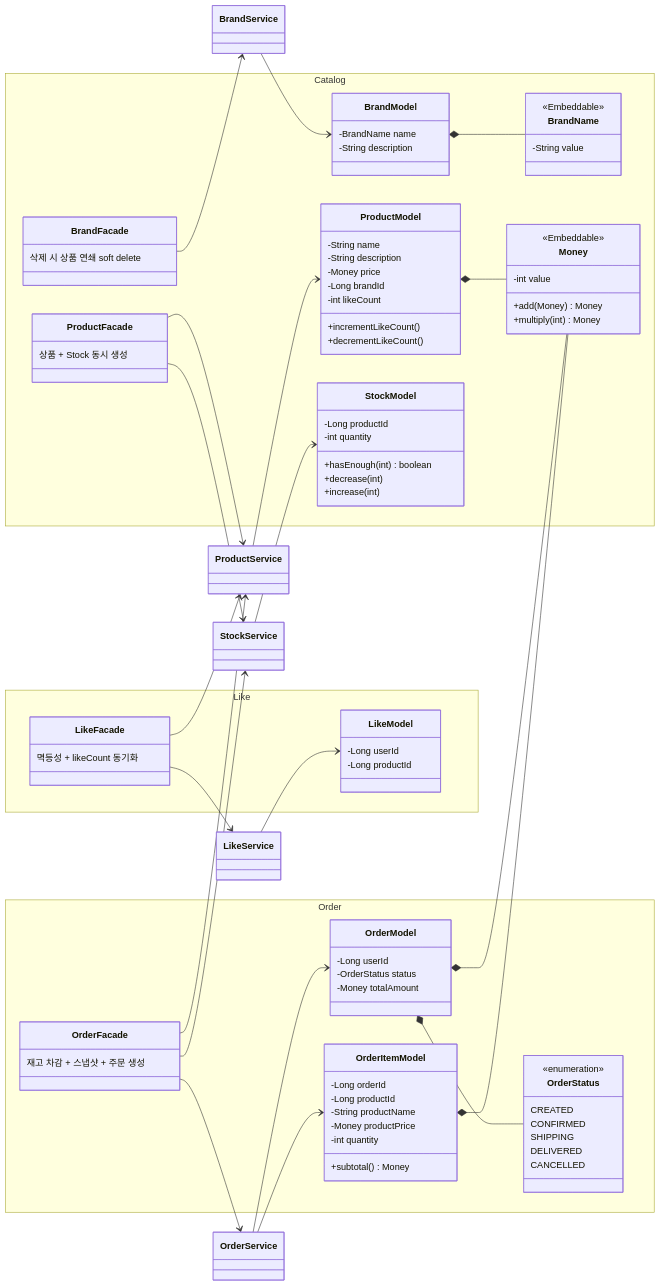
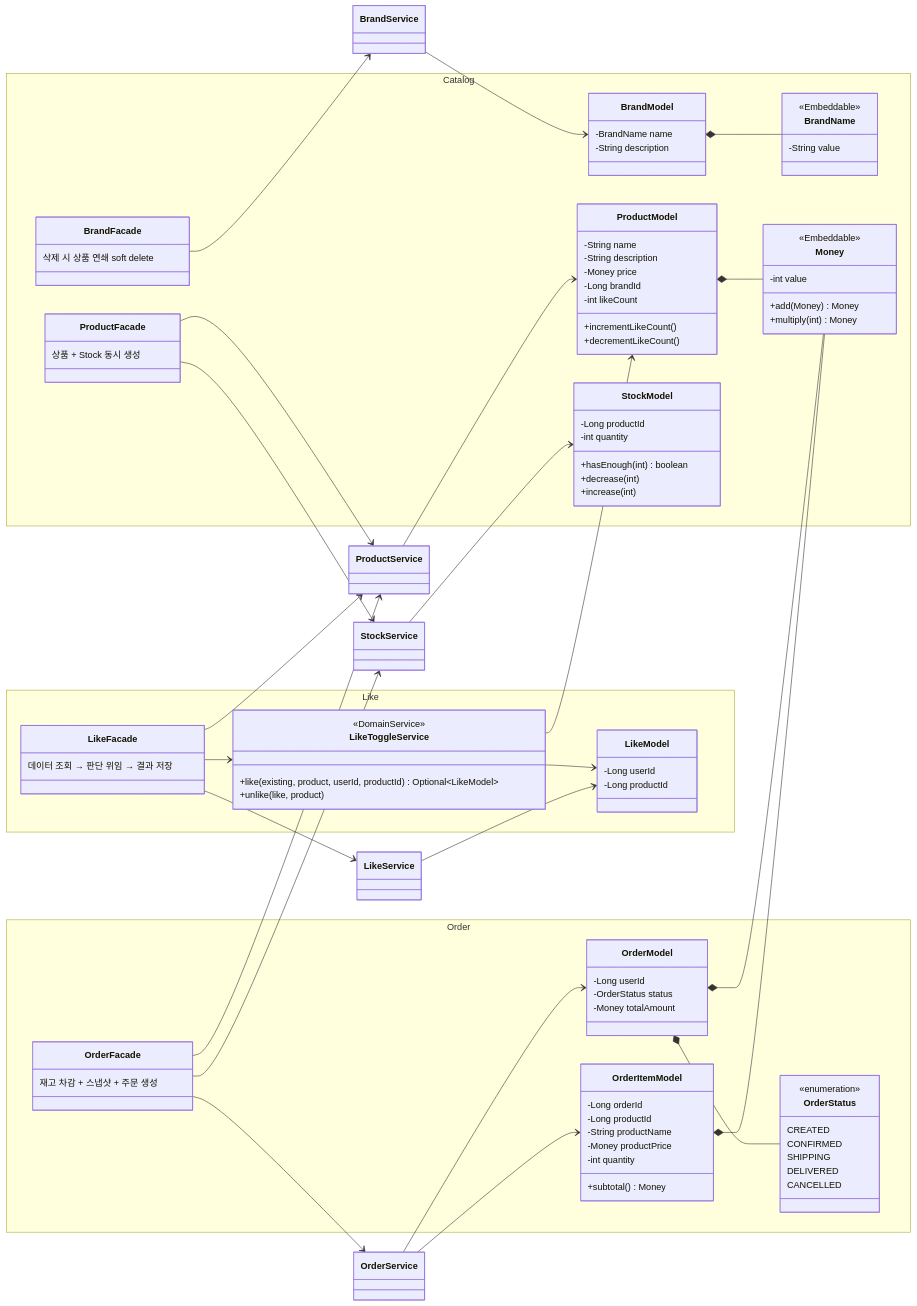
Before and after one commit to Praesentia-YKM/loop-pack-be-l2-vol3-java: the diagram in docs/design/mermaid/04-class-diagram.mmd, drawn with Mermaid. The commit also changed 5 other files, not shown here.

First line of the commit message:
refactor: 좋아요 멱등성 로직을 도메인 서비스(LikeToggleService)로 분리

```diff
--- a/docs/design/mermaid/04-class-diagram.mmd
+++ b/docs/design/mermaid/04-class-diagram.mmd
@@ -1,99 +1,107 @@
 classDiagram
     direction LR
 
     namespace Catalog {
         class BrandName {
             <<Embeddable>>
             -String value
         }
         class BrandModel {
             -BrandName name
             -String description
         }
         class BrandFacade {
             삭제 시 상품 연쇄 soft delete
         }
         class Money {
             <<Embeddable>>
             -int value
             +add(Money) Money
             +multiply(int) Money
         }
         class ProductModel {
             -String name
             -String description
             -Money price
             -Long brandId
             -int likeCount
             +incrementLikeCount()
             +decrementLikeCount()
         }
         class StockModel {
             -Long productId
             -int quantity
             +hasEnough(int) boolean
             +decrease(int)
             +increase(int)
         }
         class ProductFacade {
             상품 + Stock 동시 생성
         }
     }
 
     namespace Like {
         class LikeModel {
             -Long userId
             -Long productId
         }
+        class LikeToggleService {
+            <<DomainService>>
+            +like(existing, product, userId, productId) Optional~LikeModel~
+            +unlike(like, product)
+        }
         class LikeFacade {
-            멱등성 + likeCount 동기화
+            데이터 조회 → 판단 위임 → 결과 저장
         }
     }
 
     namespace Order {
         class OrderStatus {
             <<enumeration>>
             CREATED
             CONFIRMED
             SHIPPING
             DELIVERED
             CANCELLED
         }
         class OrderModel {
             -Long userId
             -OrderStatus status
             -Money totalAmount
         }
         class OrderItemModel {
             -Long orderId
             -Long productId
             -String productName
             -Money productPrice
             -int quantity
             +subtotal() Money
         }
         class OrderFacade {
             재고 차감 + 스냅샷 + 주문 생성
         }
     }
 
     BrandModel *-- BrandName
     ProductModel *-- Money
     OrderModel *-- OrderStatus
     OrderModel *-- Money
     OrderItemModel *-- Money
 
     BrandFacade --> BrandService
     BrandService --> BrandModel
     ProductFacade --> ProductService
     ProductFacade --> StockService
     ProductService --> ProductModel
     StockService --> StockModel
     LikeFacade --> LikeService
     LikeFacade --> ProductService
+    LikeFacade --> LikeToggleService
+    LikeToggleService --> LikeModel
+    LikeToggleService --> ProductModel
     LikeService --> LikeModel
     OrderFacade --> OrderService
     OrderFacade --> ProductService
     OrderFacade --> StockService
     OrderService --> OrderModel
     OrderService --> OrderItemModel
```
